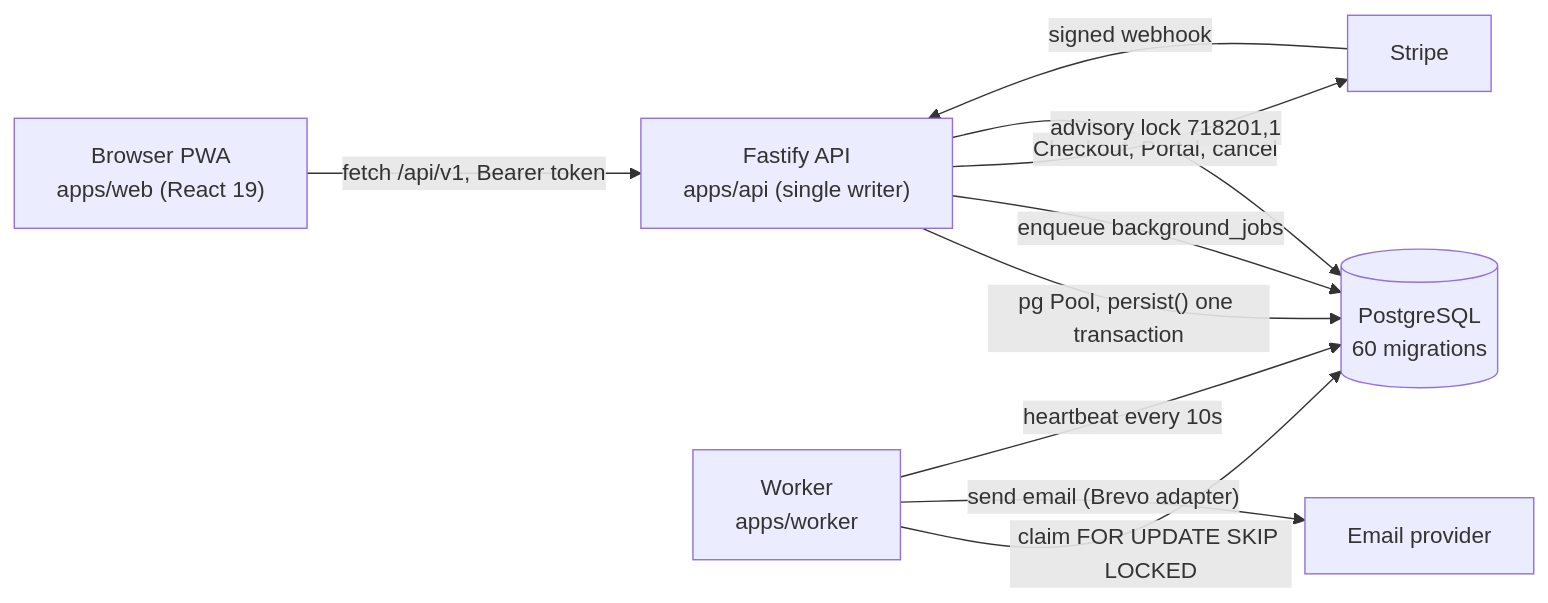
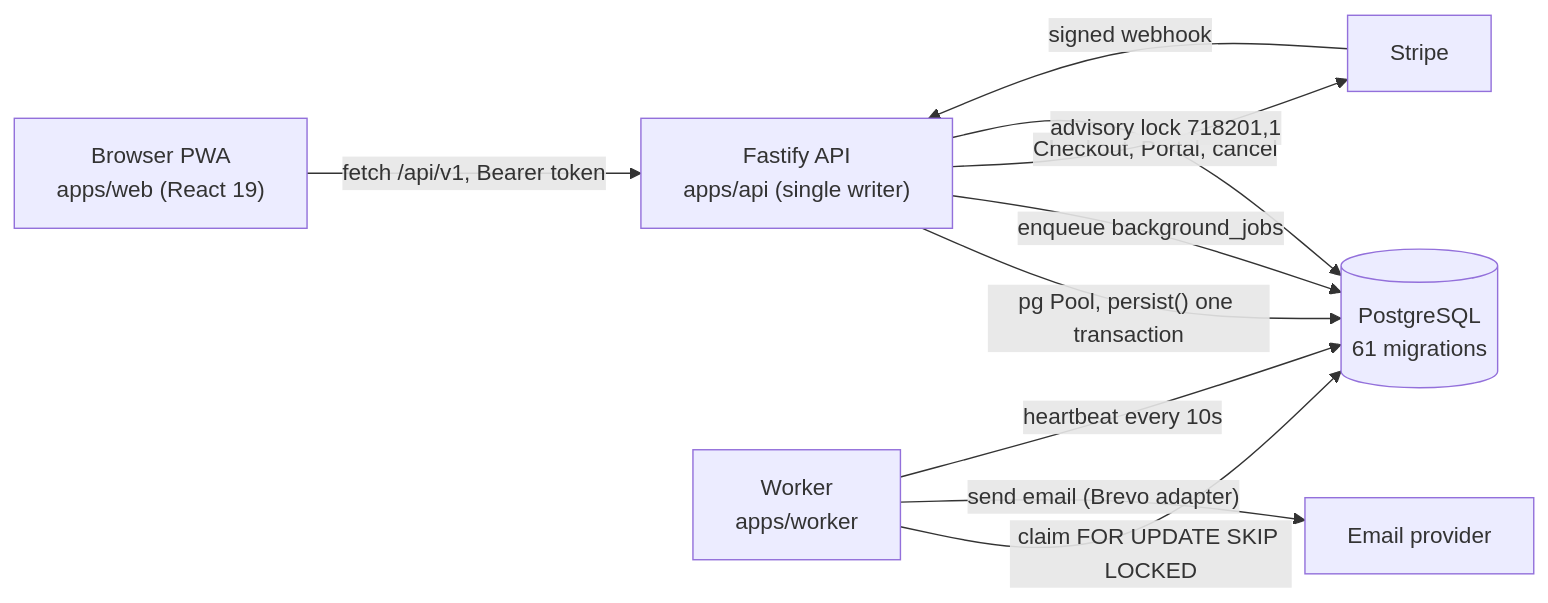
Before and after one commit to yhsomani/talentsphere-complete: the first of 7 diagrams in docs/system-model/02-flows.md, drawn with Mermaid. The commit also changed 19 other files, not shown here.

````diff
--- a/docs/system-model/02-flows.md
+++ b/docs/system-model/02-flows.md
@@ -15,12 +15,12 @@
 ```mermaid
 flowchart LR
   Browser["Browser PWA<br/>apps/web (React 19)"] -->|"fetch /api/v1, Bearer token"| API["Fastify API<br/>apps/api (single writer)"]
-  API -->|"pg Pool, persist() one transaction"| PG[("PostgreSQL<br/>60 migrations")]
+  API -->|"pg Pool, persist() one transaction"| PG[("PostgreSQL<br/>61 migrations")]
   API -->|"enqueue background_jobs"| PG
   Worker["Worker<br/>apps/worker"] -->|"claim FOR UPDATE SKIP LOCKED"| PG
   Worker -->|"send email (Brevo adapter)"| Mail["Email provider"]
   API -->|"Checkout, Portal, cancel"| Stripe["Stripe"]
   Stripe -->|"signed webhook"| API
   Worker -->|"heartbeat every 10s"| PG
   API -->|"advisory lock 718201,1"| PG
 ```
````
